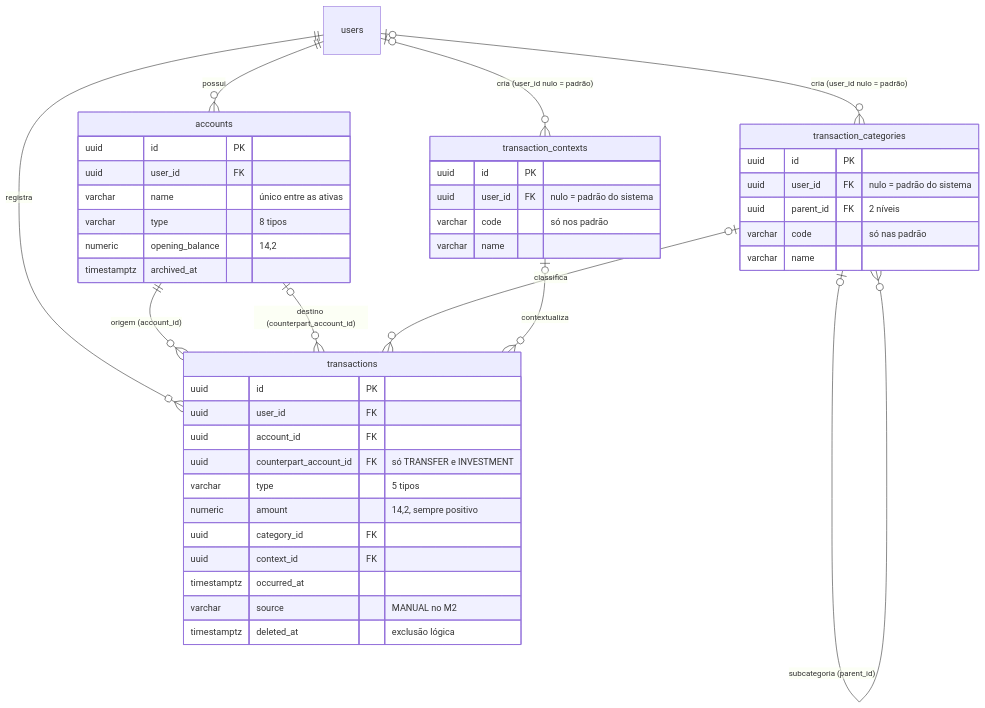
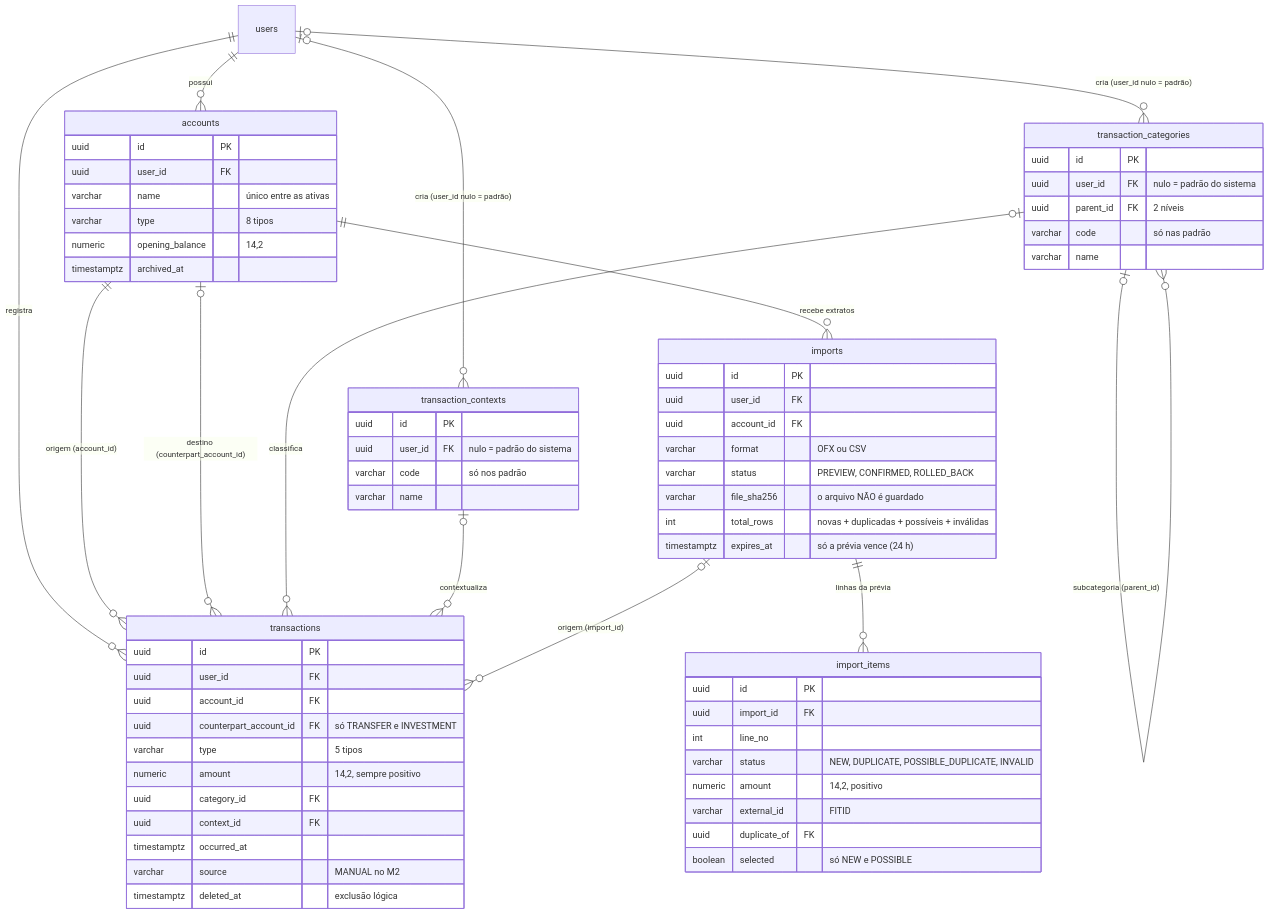
The diagram in Documentos/PGP - Conta Forte - Personal Financial Copilot/03_Desenvolvimento/MODELO_DE_DADOS.md (exotermo/ContaForte), drawn with Mermaid before and after one commit. The commit also changed other lines of this file and 15 other files, not shown here.

````diff
--- a/Documentos/PGP - Conta Forte - Personal Financial Copilot/03_Desenvolvimento/MODELO_DE_DADOS.md
+++ b/Documentos/PGP - Conta Forte - Personal Financial Copilot/03_Desenvolvimento/MODELO_DE_DADOS.md
@@ -7,47 +7,70 @@
 ```mermaid
 erDiagram
     users ||--o{ accounts : possui
     users ||--o{ transactions : registra
     users |o--o{ transaction_categories : "cria (user_id nulo = padrão)"
     users |o--o{ transaction_contexts : "cria (user_id nulo = padrão)"
     accounts ||--o{ transactions : "origem (account_id)"
     accounts |o--o{ transactions : "destino (counterpart_account_id)"
     transaction_categories |o--o{ transaction_categories : "subcategoria (parent_id)"
     transaction_categories |o--o{ transactions : classifica
     transaction_contexts |o--o{ transactions : contextualiza
+    accounts ||--o{ imports : "recebe extratos"
+    imports ||--o{ import_items : "linhas da prévia"
+    imports |o--o{ transactions : "origem (import_id)"
 
     accounts {
         uuid id PK
         uuid user_id FK
         varchar name "único entre as ativas"
         varchar type "8 tipos"
         numeric opening_balance "14,2"
         timestamptz archived_at
     }
     transactions {
         uuid id PK
         uuid user_id FK
         uuid account_id FK
         uuid counterpart_account_id FK "só TRANSFER e INVESTMENT"
         varchar type "5 tipos"
         numeric amount "14,2, sempre positivo"
         uuid category_id FK
         uuid context_id FK
         timestamptz occurred_at
         varchar source "MANUAL no M2"
         timestamptz deleted_at "exclusão lógica"
     }
     transaction_categories {
         uuid id PK
         uuid user_id FK "nulo = padrão do sistema"
         uuid parent_id FK "2 níveis"
         varchar code "só nas padrão"
         varchar name
     }
     transaction_contexts {
         uuid id PK
         uuid user_id FK "nulo = padrão do sistema"
         varchar code "só nos padrão"
         varchar name
     }
+    imports {
+        uuid id PK
+        uuid user_id FK
+        uuid account_id FK
+        varchar format "OFX ou CSV"
+        varchar status "PREVIEW, CONFIRMED, ROLLED_BACK"
+        varchar file_sha256 "o arquivo NÃO é guardado"
+        int total_rows "novas + duplicadas + possíveis + inválidas"
+        timestamptz expires_at "só a prévia vence (24 h)"
+    }
+    import_items {
+        uuid id PK
+        uuid import_id FK
+        int line_no
+        varchar status "NEW, DUPLICATE, POSSIBLE_DUPLICATE, INVALID"
+        numeric amount "14,2, positivo"
+        varchar external_id "FITID"
+        uuid duplicate_of FK
+        boolean selected "só NEW e POSSIBLE"
+    }
 ```
````
